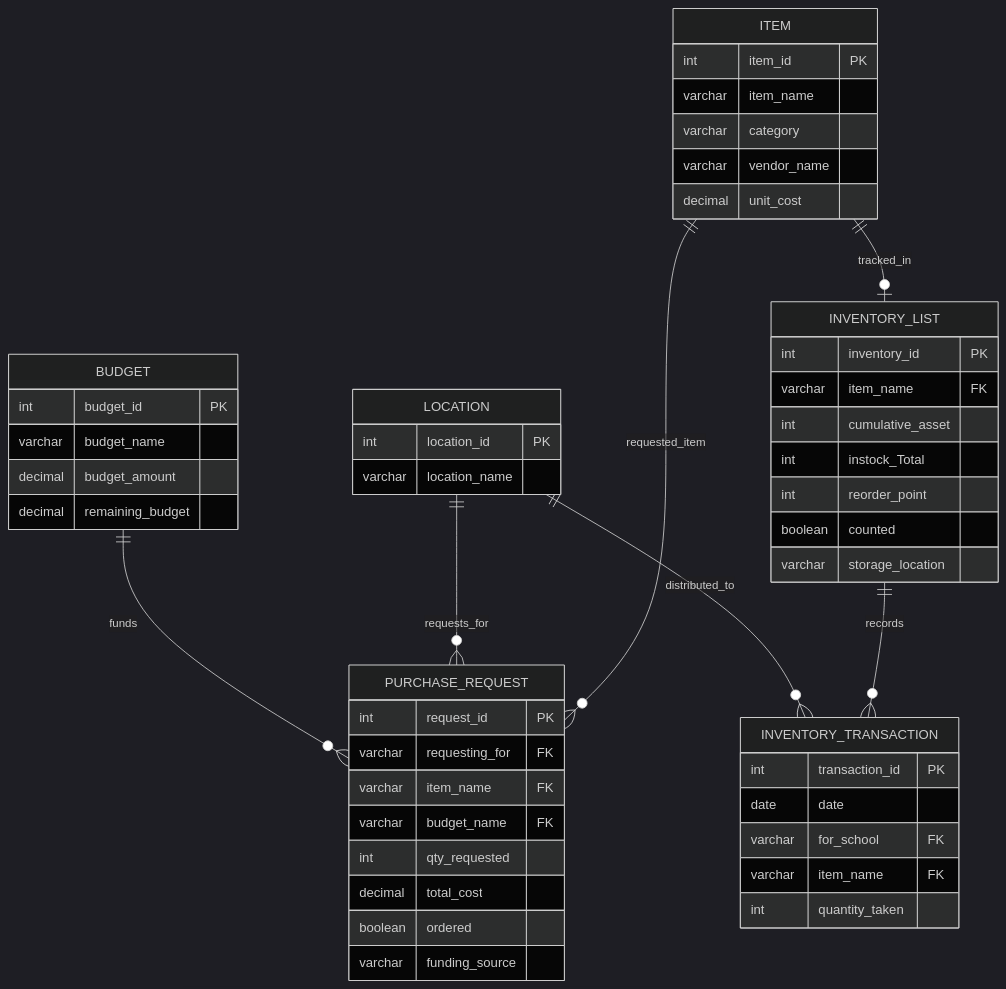
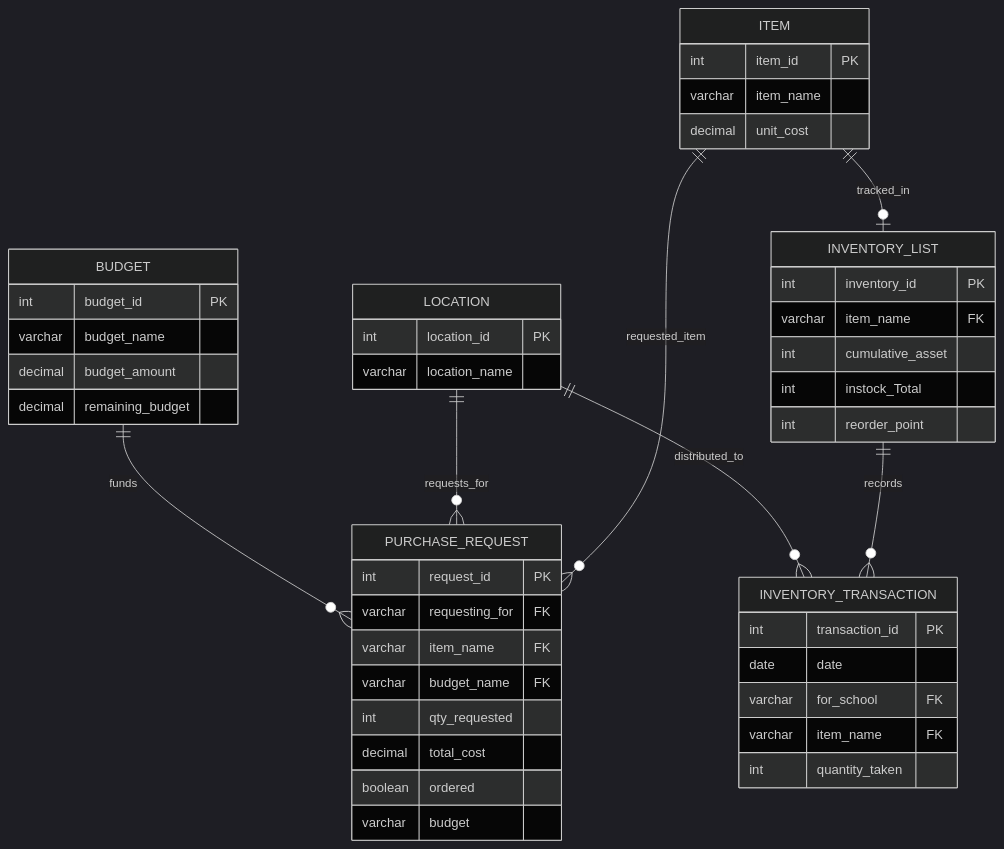
The first of 2 diagrams in README.md (CrisOrnelas99/Garden-Database), drawn with Mermaid (dark theme) before and after one commit. The commit also changed other lines of this file, not shown here.

First line of the commit message:
Refactor inventory schema by removing unnecessary fields

````diff
--- a/README.md
+++ b/README.md
@@ -30,62 +30,58 @@
 ```mermaid
 erDiagram
 
     BUDGET ||--o{ PURCHASE_REQUEST : funds
 
     LOCATION ||--o{ PURCHASE_REQUEST : requests_for
     LOCATION ||--o{ INVENTORY_TRANSACTION : distributed_to
 
     ITEM ||--o{ PURCHASE_REQUEST : requested_item
     ITEM ||--o| INVENTORY_LIST : tracked_in
 
     INVENTORY_LIST ||--o{ INVENTORY_TRANSACTION : records
 
     BUDGET {
         int budget_id PK
         varchar budget_name
         decimal budget_amount
         decimal remaining_budget
     }
 
     LOCATION {
         int location_id PK
         varchar location_name
     }
 
     ITEM {
         int item_id PK
         varchar item_name
-        varchar category
-        varchar vendor_name
         decimal unit_cost
     }
 
     INVENTORY_LIST {
         int inventory_id PK
         varchar item_name FK
         int cumulative_asset
         int instock_Total
         int reorder_point
-        boolean counted
-        varchar storage_location
     }
 
     PURCHASE_REQUEST {
         int request_id PK
         varchar requesting_for FK
         varchar item_name FK
         varchar budget_name FK
         int qty_requested
         decimal total_cost
         boolean ordered
-        varchar funding_source
+        varchar budget
     }
 
     INVENTORY_TRANSACTION {
         int transaction_id PK
         date date
         varchar for_school FK
         varchar item_name FK
         int quantity_taken
     }
 ```
````
